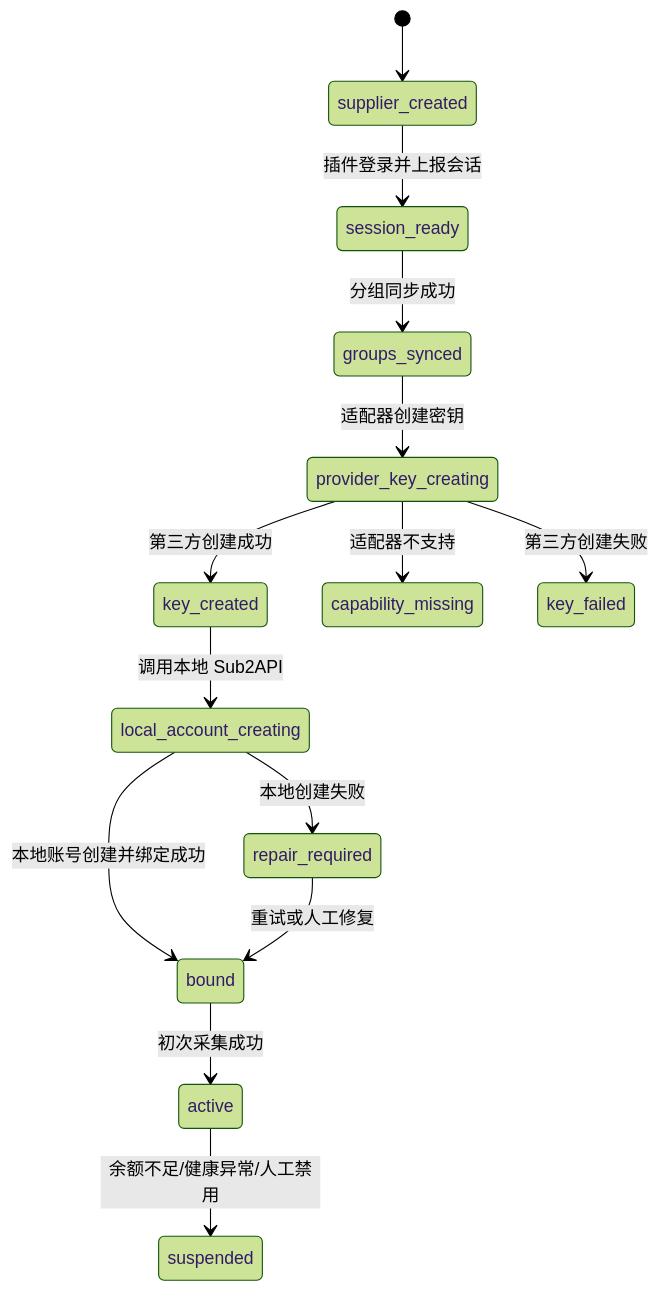
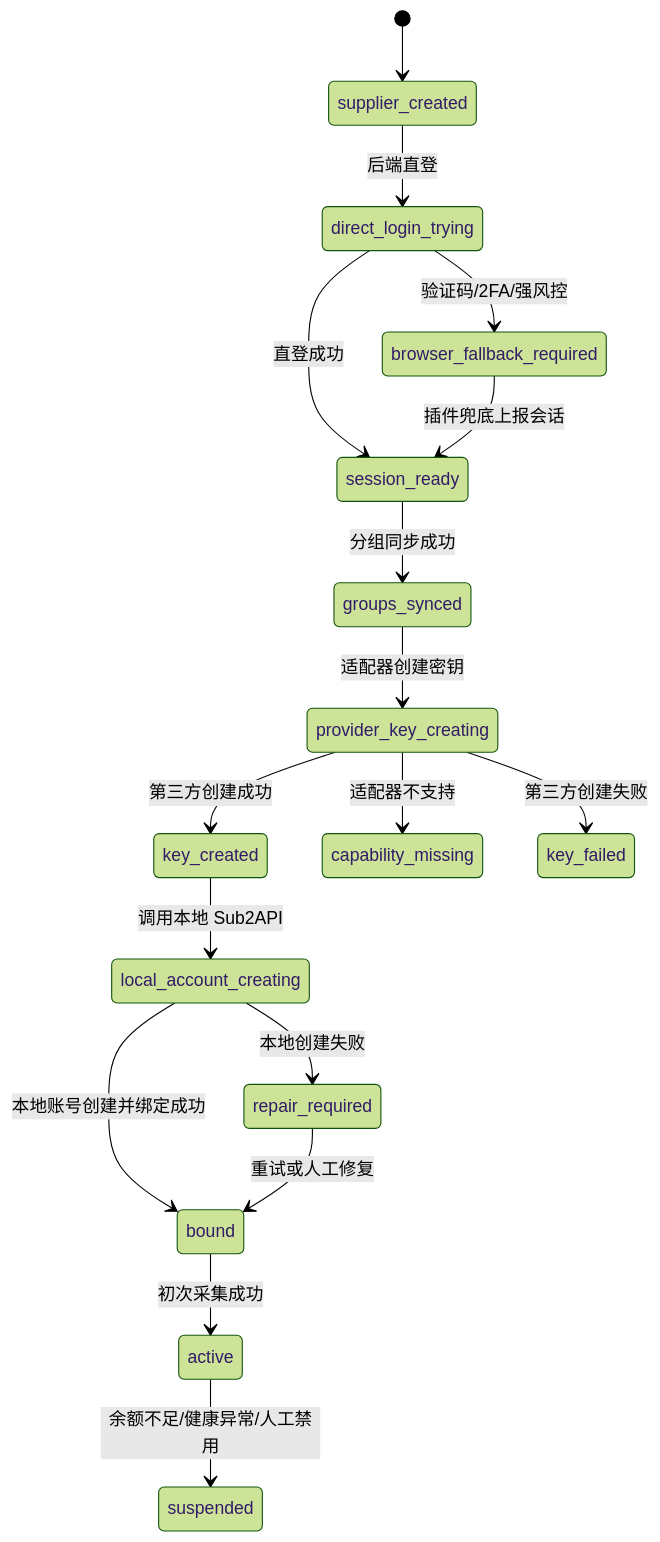
Diagram 18 of 18 in docs/roadmap/accounts/README.md (openrelayllm/sub2api-admin-plus), drawn with Mermaid (forest theme) before and after one commit. The commit also changed other lines of this file and 43 other files, not shown here.

````diff
--- a/docs/roadmap/accounts/README.md
+++ b/docs/roadmap/accounts/README.md
@@ -977,16 +1023,19 @@
 ```mermaid
 stateDiagram-v2
   [*] --> supplier_created
-  supplier_created --> session_ready: 插件登录并上报会话
+  supplier_created --> direct_login_trying: 后端直登
+  direct_login_trying --> session_ready: 直登成功
+  direct_login_trying --> browser_fallback_required: 验证码/2FA/强风控
+  browser_fallback_required --> session_ready: 插件兜底上报会话
   session_ready --> groups_synced: 分组同步成功
   groups_synced --> provider_key_creating: 适配器创建密钥
   provider_key_creating --> key_created: 第三方创建成功
   provider_key_creating --> capability_missing: 适配器不支持
   provider_key_creating --> key_failed: 第三方创建失败
   key_created --> local_account_creating: 调用本地 Sub2API
   local_account_creating --> bound: 本地账号创建并绑定成功
   local_account_creating --> repair_required: 本地创建失败
   repair_required --> bound: 重试或人工修复
   bound --> active: 初次采集成功
   active --> suspended: 余额不足/健康异常/人工禁用
 ```
````
